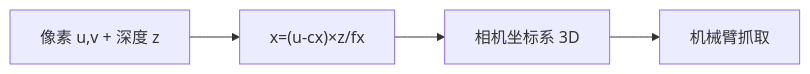
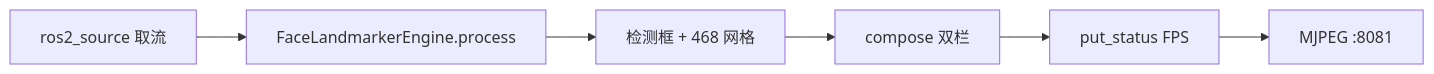
Before and after one commit to aibittek/course_generate_agent: the eighth of 9 diagrams in courses/sheet1/robot_vision/_parts/experiment-8.md, drawn with Mermaid. The commit also changed other lines of this file and 98 other files, not shown here.

````diff
--- a/courses/sheet1/robot_vision/_parts/experiment-8.md
+++ b/courses/sheet1/robot_vision/_parts/experiment-8.md
@@ -386,6 +473,8 @@
 ```mermaid
 graph LR
-    A[像素 u,v + 深度 z] --> B["x=(u-cx)×z/fx"]
-    B --> C[相机坐标系 3D]
-    C --> D[机械臂抓取]
+    A[ros2_source 取流] --> B[FaceLandmarkerEngine.process]
+    B --> C[检测框 + 468 网格]
+    C --> D[compose 双栏]
+    D --> E[put_status FPS]
+    E --> F[MJPEG :8081]
 ```
````
